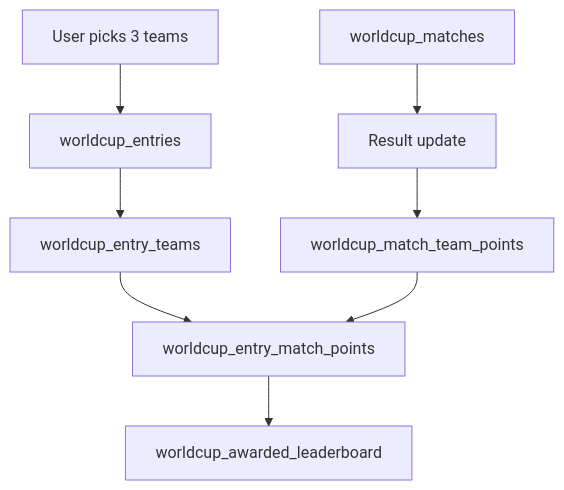
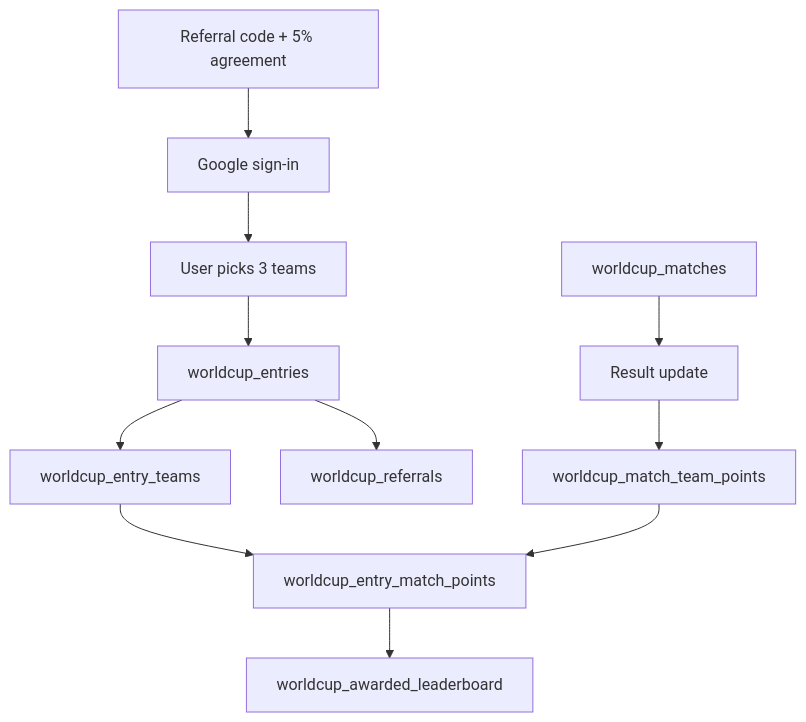
Before and after one commit to DansiDanutz/WorldCup: the diagram in docs/ARCHITECTURE.md, drawn with Mermaid. The commit also changed other lines of this file and 12 other files, not shown here.

First line of the commit message:
Add Google referral invite flow

````diff
--- a/docs/ARCHITECTURE.md
+++ b/docs/ARCHITECTURE.md
@@ -19,10 +21,13 @@
 ```mermaid
 flowchart TD
-  User["User picks 3 teams"] --> Entry["worldcup_entries"]
+  Referral["Referral code + 5% agreement"] --> Auth["Google sign-in"]
+  Auth --> User["User picks 3 teams"]
+  User --> Entry["worldcup_entries"]
   Entry --> Picks["worldcup_entry_teams"]
+  Entry --> Referrals["worldcup_referrals"]
   Match["worldcup_matches"] --> Result["Result update"]
   Result --> TeamPoints["worldcup_match_team_points"]
   Picks --> Awards["worldcup_entry_match_points"]
   TeamPoints --> Awards
   Awards --> Leaderboard["worldcup_awarded_leaderboard"]
 ```
````
